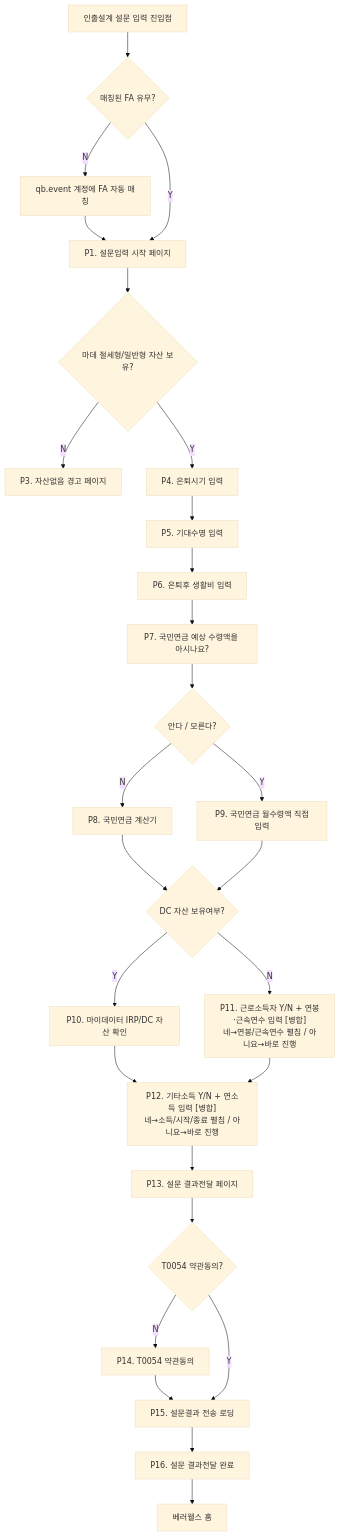
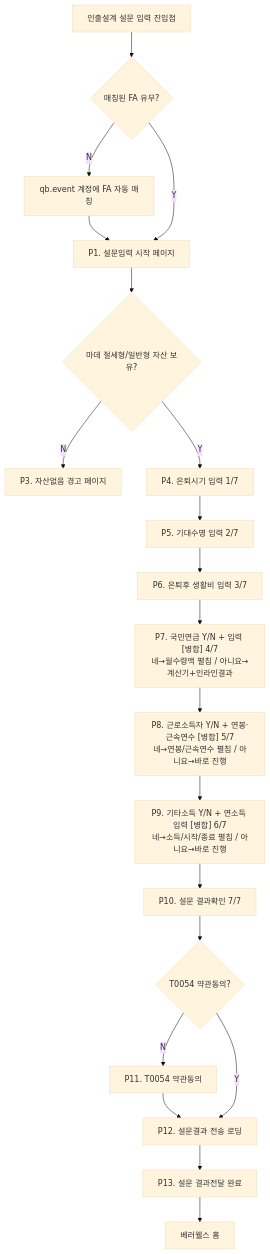
The diagram in issues/feature/943/943spec.md (mgyo-qbg/mgyo_avengers), drawn with Mermaid (base theme) before and after one commit. The commit also changed other lines of this file and 6 other files, not shown here.

First line of the commit message:
#943 P7 국민연금 병합 + P10 IRP/DC 제거 — 완전 직선 플로우 (7단계)

````diff
--- a/issues/feature/943/943spec.md
+++ b/issues/feature/943/943spec.md
@@ -180,37 +174,28 @@
 ```mermaid
 flowchart TD
   ENTRY[인출설계 설문 입력 진입점]
   ENTRY --> FA_YN{매칭된 FA 유무?}
   FA_YN -- N --> FA_AUTO[qb.event 계정에 FA 자동 매칭]
   FA_AUTO --> SURVEY_START
   FA_YN -- Y --> SURVEY_START[P1. 설문입력 시작 페이지]
 
   SURVEY_START --> MYDATA_YN{마데 절세형/일반형 자산 보유?}
   MYDATA_YN -- N --> ASSET_NONE[P3. 자산없음 경고 페이지]
-  MYDATA_YN -- Y --> EXPENSE[P4. 은퇴시기 입력]
+  MYDATA_YN -- Y --> P4[P4. 은퇴시기 입력 1/7]
 
-  EXPENSE --> EXPENSE2[P5. 기대수명 입력]
-  EXPENSE2 --> EXPENSE3[P6. 은퇴후 생활비 입력]
+  P4 --> P5[P5. 기대수명 입력 2/7]
+  P5 --> P6[P6. 은퇴후 생활비 입력 3/7]
 
-  EXPENSE3 --> NPS_Q[P7. 국민연금 예상 수령액을 아시나요?]
-  NPS_Q --> NPS_YN{안다 / 모른다?}
-  NPS_YN -- N --> NPS_CALC[P8. 국민연금 계산기]
-  NPS_YN -- Y --> NPS_DIRECT[P9. 국민연금 월수령액 직접입력]
+  P6 --> P7["P7. 국민연금 Y/N + 입력 [병합] 4/7<br/>네→월수령액 펼침 / 아니요→계산기+인라인결과"]
 
-  NPS_CALC --> DC_YN
-  NPS_DIRECT --> DC_YN{DC 자산 보유여부?}
+  P7 --> P8["P8. 근로소득자 Y/N + 연봉·근속연수 [병합] 5/7<br/>네→연봉/근속연수 펼침 / 아니요→바로 진행"]
+  P8 --> P9["P9. 기타소득 Y/N + 연소득 입력 [병합] 6/7<br/>네→소득/시작/종료 펼침 / 아니요→바로 진행"]
+  P9 --> P10[P10. 설문 결과확인 7/7]
 
-  DC_YN -- Y --> IRP_DC[P10. 마이데이터 IRP/DC 자산 확인]
-  IRP_DC --> EXTRA_Q
-  DC_YN -- N --> WORKER_Q["P11. 근로소득자 Y/N + 연봉·근속연수 입력 [병합]<br/>네→연봉/근속연수 펼침 / 아니요→바로 진행"]
-  WORKER_Q --> EXTRA_Q
-
-  EXTRA_Q["P12. 기타소득 Y/N + 연소득 입력 [병합]<br/>네→소득/시작/종료 펼침 / 아니요→바로 진행"] --> RESULT[P13. 설문 결과전달 페이지]
-
-  RESULT --> TERMS_YN{T0054 약관동의?}
-  TERMS_YN -- N --> TERMS[P14. T0054 약관동의]
-  TERMS --> SENDING
-  TERMS_YN -- Y --> SENDING[P15. 설문결과 전송 로딩]
-  SENDING --> DONE[P16. 설문 결과전달 완료]
-  DONE --> HOME[베러웰스 홈]
+  P10 --> TERMS_YN{T0054 약관동의?}
+  TERMS_YN -- N --> P11[P11. T0054 약관동의]
+  P11 --> P12
+  TERMS_YN -- Y --> P12[P12. 설문결과 전송 로딩]
+  P12 --> P13[P13. 설문 결과전달 완료]
+  P13 --> HOME[베러웰스 홈]
 ```
````
